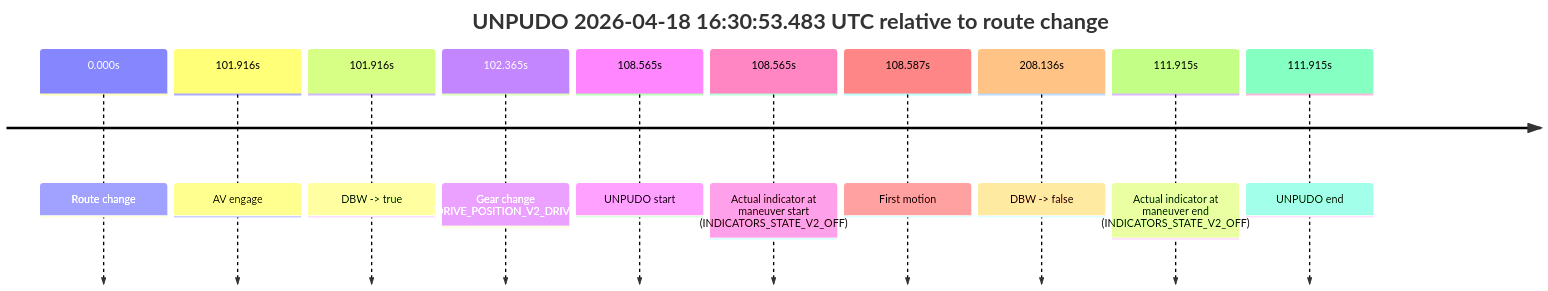
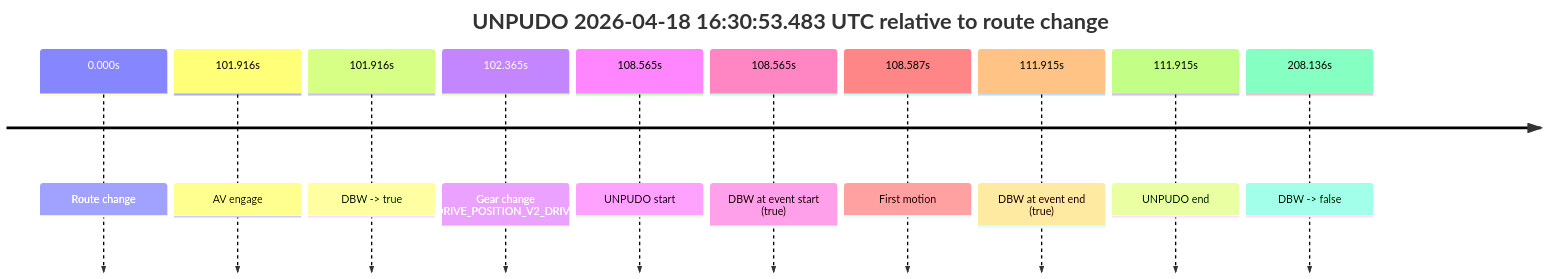
The fourth of 6 diagrams in model_analysis/report_cards/2026/04/Week-3/fme10003--2026-04-18--15-31-29--gen2-av-0a9602f5-09da-4760-a83f-84ac5081d7d9.md (yoelshapiro/vault), drawn with Mermaid before and after one commit. The commit also changed other lines of this file and 32 other files, not shown here.

````diff
--- a/model_analysis/report_cards/2026/04/Week-3/fme10003--2026-04-18--15-31-29--gen2-av-0a9602f5-09da-4760-a83f-84ac5081d7d9.md
+++ b/model_analysis/report_cards/2026/04/Week-3/fme10003--2026-04-18--15-31-29--gen2-av-0a9602f5-09da-4760-a83f-84ac5081d7d9.md
@@ -723,14 +314,14 @@
 ```mermaid
 timeline
     title UNPUDO 2026-04-18 16:30:53.483 UTC relative to route change
     0.000s : Route change
     101.916s : AV engage
     101.916s : DBW -> true
     102.365s : Gear change (DRIVE_POSITION_V2_DRIVE)
     108.565s : UNPUDO start
-    108.565s : Actual indicator at maneuver start (INDICATORS_STATE_V2_OFF)
+    108.565s : DBW at event start (true)
     108.587s : First motion
+    111.915s : DBW at event end (true)
+    111.915s : UNPUDO end
     208.136s : DBW -> false
-    111.915s : Actual indicator at maneuver end (INDICATORS_STATE_V2_OFF)
-    111.915s : UNPUDO end
 ```
````
